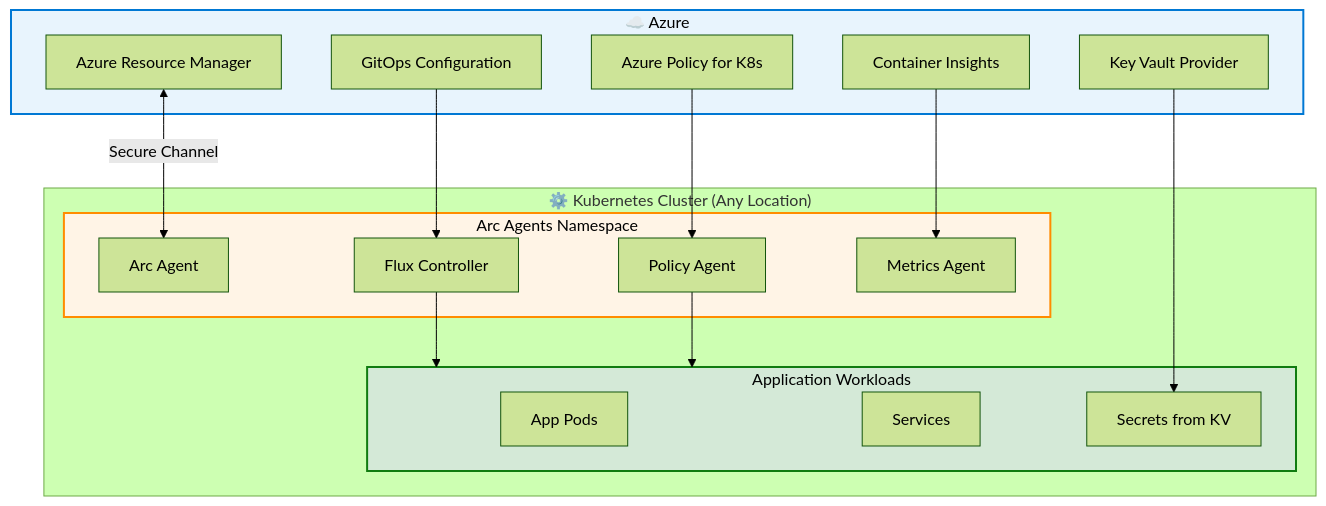
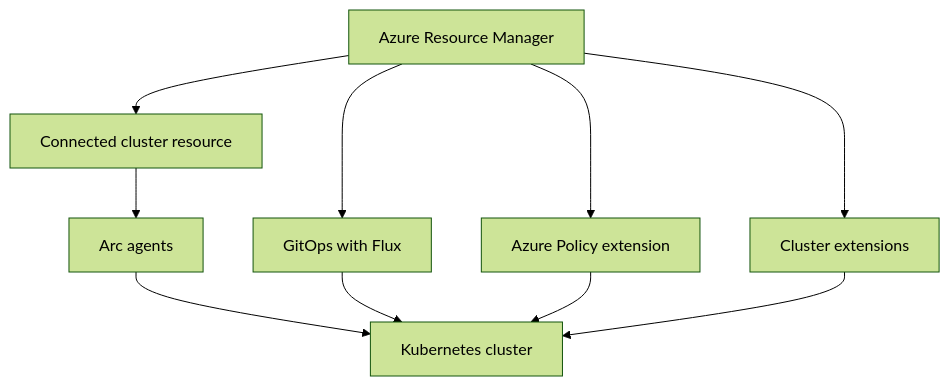
Before and after one commit to jonathan-vella/microsoft-sovereign-cloud-brain-trek: the first of 2 diagrams in site/src/content/docs/level-100/module-04-azure-arc/azure-arc-kubernetes.mdx, drawn with Mermaid (forest theme). The commit also changed other lines of this file and 5 other files, not shown here.

First line of the commit message:
Rebuild L100 module 4: Azure Arc

````diff
--- a/site/src/content/docs/level-100/module-04-azure-arc/azure-arc-kubernetes.mdx
+++ b/site/src/content/docs/level-100/module-04-azure-arc/azure-arc-kubernetes.mdx
@@ -16,37 +17,12 @@
 ```mermaid
 graph TB
-    subgraph Azure["☁️ Azure"]
-        ARM[Azure Resource Manager]
-        GitOps[GitOps Configuration]
-        Policy[Azure Policy for K8s]
-        Monitor[Container Insights]
-        KeyVault[Key Vault Provider]
-    end
-
-    subgraph K8sCluster["⚙️ Kubernetes Cluster (Any Location)"]
-        subgraph ArcAgents["Arc Agents Namespace"]
-            Agent[Arc Agent]
-            Flux[Flux Controller]
-            PolicyAgent[Policy Agent]
-            Prometheus[Metrics Agent]
-        end
-
-        subgraph Workloads["Application Workloads"]
-            App1[App Pods]
-            App2[Services]
-            Secrets[Secrets from KV]
-        end
-    end
-
-    ARM <-->|Secure Channel| Agent
-    GitOps --> Flux
-    Flux --> Workloads
-    Policy --> PolicyAgent
-    PolicyAgent --> Workloads
-    Monitor --> Prometheus
-    KeyVault --> Secrets
-
-    style Azure fill:#E8F4FD,stroke:#0078D4,stroke-width:2px,color:#000
-    style ArcAgents fill:#FFF4E6,stroke:#FF8C00,stroke-width:2px,color:#000
-    style Workloads fill:#D4E9D7,stroke:#107C10,stroke-width:2px,color:#000
+  Azure[Azure Resource Manager] --> Connected[Connected cluster resource]
+  Connected --> Agents[Arc agents]
+  Azure --> GitOps[GitOps with Flux]
+  Azure --> Policy[Azure Policy extension]
+  Azure --> Ext[Cluster extensions]
+  Agents --> Cluster[Kubernetes cluster]
+  GitOps --> Cluster
+  Policy --> Cluster
+  Ext --> Cluster
 ```
````
